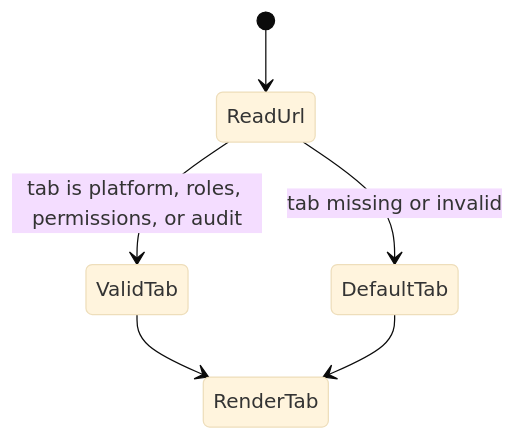
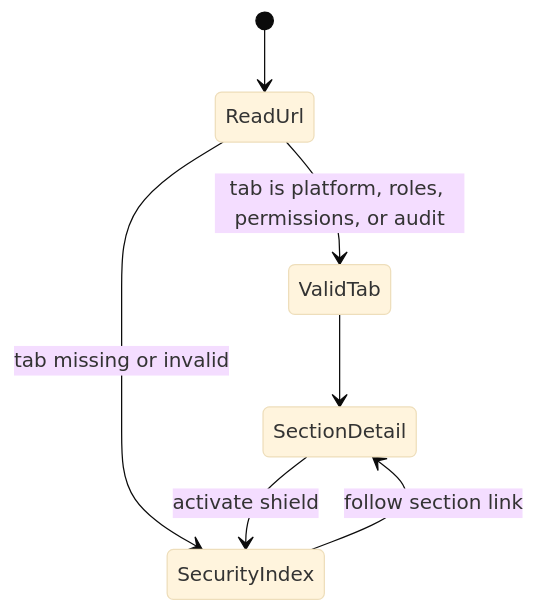
The second of 2 diagrams in docs/architecture/components/web/admin-route-position-component.md (dunay2/dvt), drawn with Mermaid (base theme) before and after one commit. The commit also changed other lines of this file and 19 other files, not shown here.

````diff
--- a/docs/architecture/components/web/admin-route-position-component.md
+++ b/docs/architecture/components/web/admin-route-position-component.md
@@ -69,8 +62,9 @@
 ```mermaid
 stateDiagram-v2
   [*] --> ReadUrl
   ReadUrl --> ValidTab: tab is platform, roles, permissions, or audit
-  ReadUrl --> DefaultTab: tab missing or invalid
-  ValidTab --> RenderTab
-  DefaultTab --> RenderTab
+  ReadUrl --> SecurityIndex: tab missing or invalid
+  ValidTab --> SectionDetail
+  SectionDetail --> SecurityIndex: activate shield
+  SecurityIndex --> SectionDetail: follow section link
 ```
````
